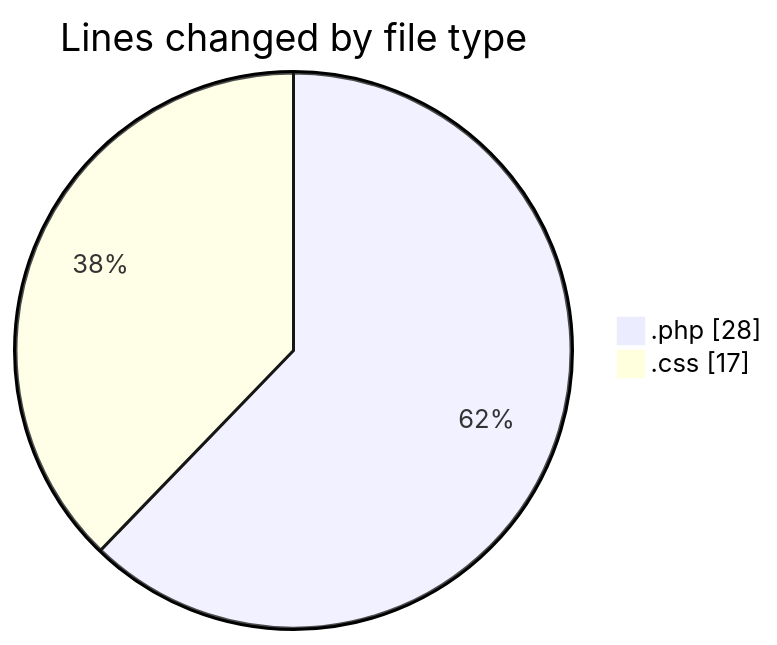
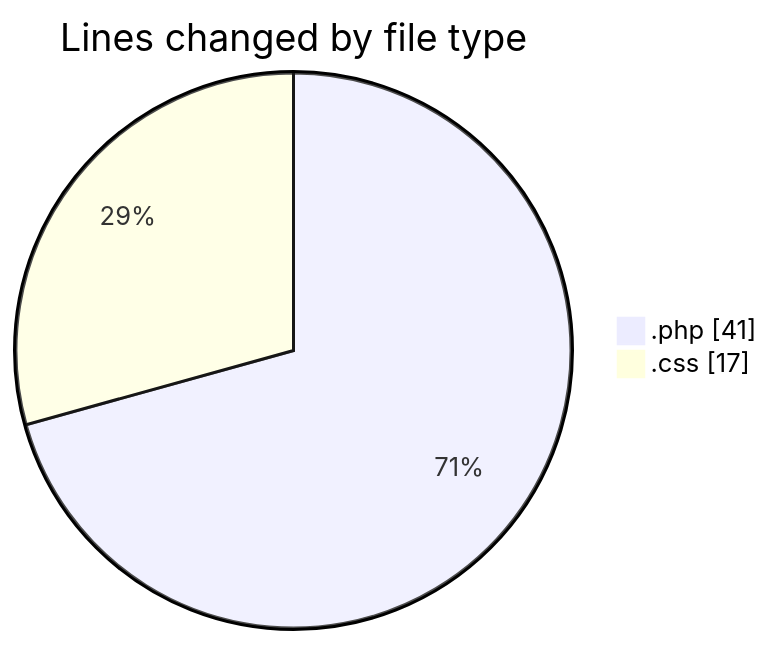
Before and after one commit to momahboobian/code-tracking: the first of 2 diagrams in 2026-03-20/newspaper-child/README.md, drawn with Mermaid. The commit also changed other lines of this file and 1 other file, not shown here.

````diff
--- a/2026-03-20/newspaper-child/README.md
+++ b/2026-03-20/newspaper-child/README.md
@@ -21,6 +21,6 @@
 ```mermaid
 pie showData
 title Lines changed by file type
-".php" : 28
+".php" : 41
 ".css" : 17
 ```
````
